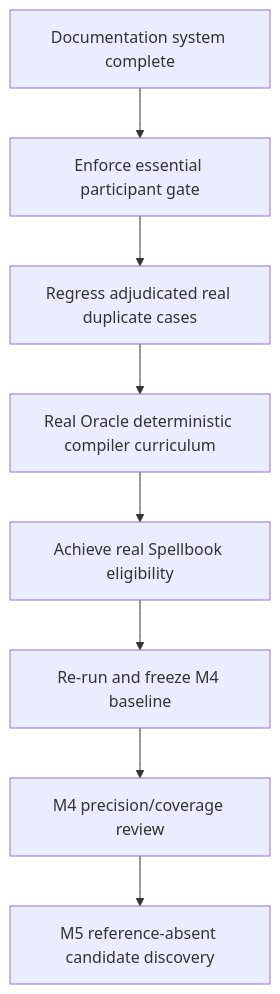
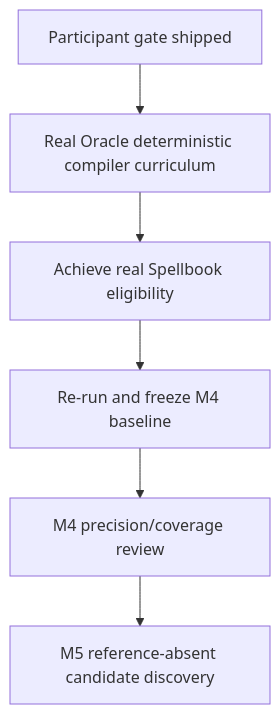
One commit to witzbeck/mtg-loop-engine changed the second of 2 diagrams in ROADMAP.md. Above: the diagram before and after it, drawn with Mermaid. The commit also changed other lines of this file and 30 other files, not shown here.

First line of the commit message:
Enforce search participant gate for strict two-card discovery. (#4)

````diff
--- a/ROADMAP.md
+++ b/ROADMAP.md
@@ -90,17 +93,13 @@
 ```mermaid
 graph TB;
-  docs[Documentation system complete]
-    --> participant[Enforce essential participant gate];
-  participant
-    --> regression[Regress adjudicated real duplicate cases];
-  regression
+  participant[Participant gate shipped]
     --> patterns[Real Oracle deterministic compiler curriculum];
   patterns
     --> eligible[Achieve real Spellbook eligibility];
   eligible
     --> baseline[Re-run and freeze M4 baseline];
   baseline
     --> m4exit[M4 precision/coverage review];
   m4exit
     --> m5[M5 reference-absent candidate discovery];
 ```
````
